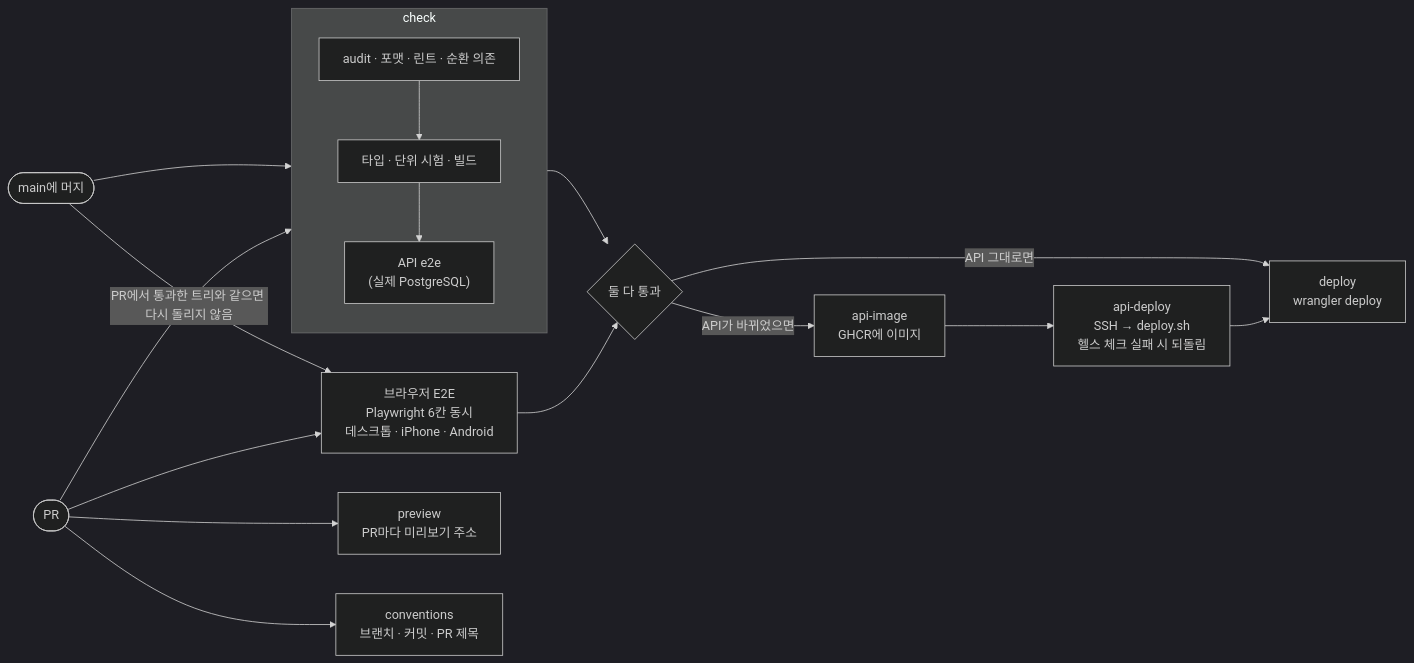
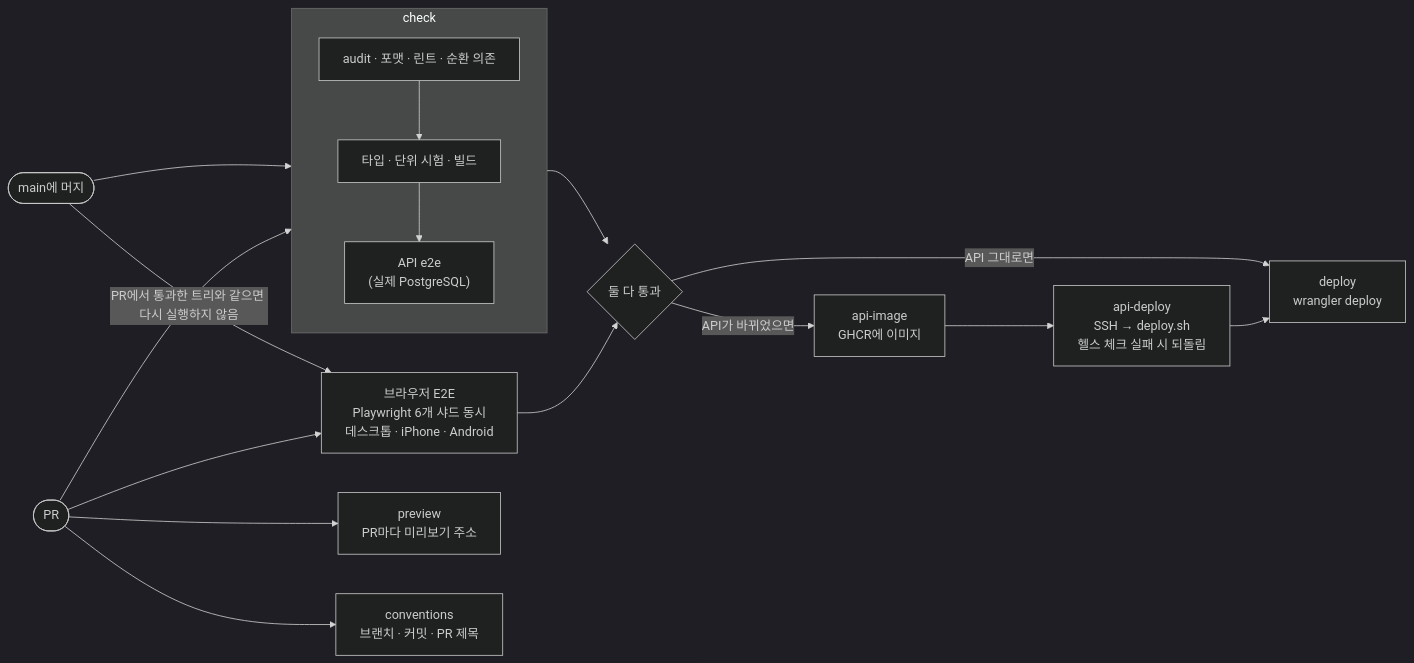
The fifth of 5 diagrams in README.md (hyeoniverse/MacFolio), drawn with Mermaid (dark theme) before and after one commit. The commit also changed other lines of this file and 2 other files, not shown here.

````diff
--- a/README.md
+++ b/README.md
@@ -344,23 +344,23 @@
 ```mermaid
 flowchart LR
     pr(["PR"])
     push(["main에 머지"])
 
     subgraph check["check"]
         direction TB
         c1["audit · 포맷 · 린트 · 순환 의존"] --> c2["타입 · 단위 시험 · 빌드"] --> c3["API e2e<br/>(실제 PostgreSQL)"]
     end
-    e2e["브라우저 E2E<br/>Playwright 6칸 동시<br/>데스크톱 · iPhone · Android"]
+    e2e["브라우저 E2E<br/>Playwright 6개 샤드 동시<br/>데스크톱 · iPhone · Android"]
 
     pr --> check
     pr --> e2e
     pr --> preview["preview<br/>PR마다 미리보기 주소"]
     pr --> conventions["conventions<br/>브랜치 · 커밋 · PR 제목"]
     push --> check
-    push -- "PR에서 통과한 트리와 같으면 다시 돌리지 않음" --> e2e
+    push -- "PR에서 통과한 트리와 같으면 다시 실행하지 않음" --> e2e
 
     check --> gate{"둘 다 통과"}
     e2e --> gate
     gate -- "API가 바뀌었으면" --> apiimage["api-image<br/>GHCR에 이미지"] --> apideploy["api-deploy<br/>SSH → deploy.sh<br/>헬스 체크 실패 시 되돌림"] --> deploy
     gate -- "API 그대로면" --> deploy["deploy<br/>wrangler deploy"]
 ```
````
